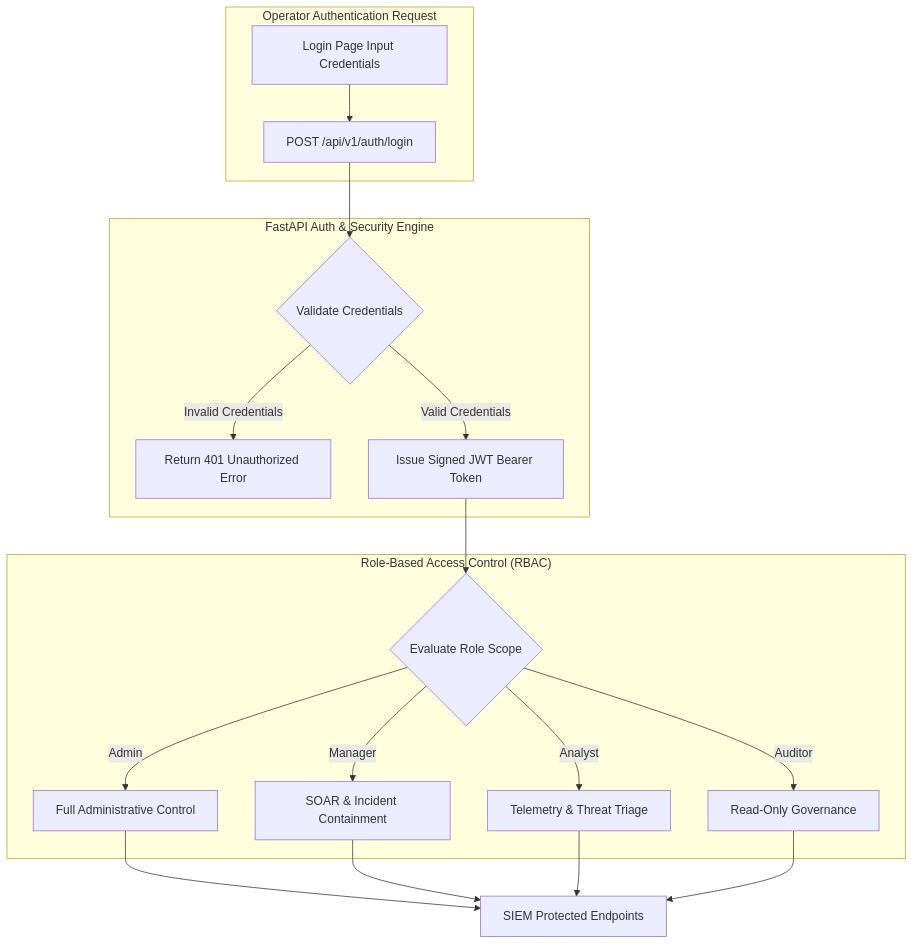
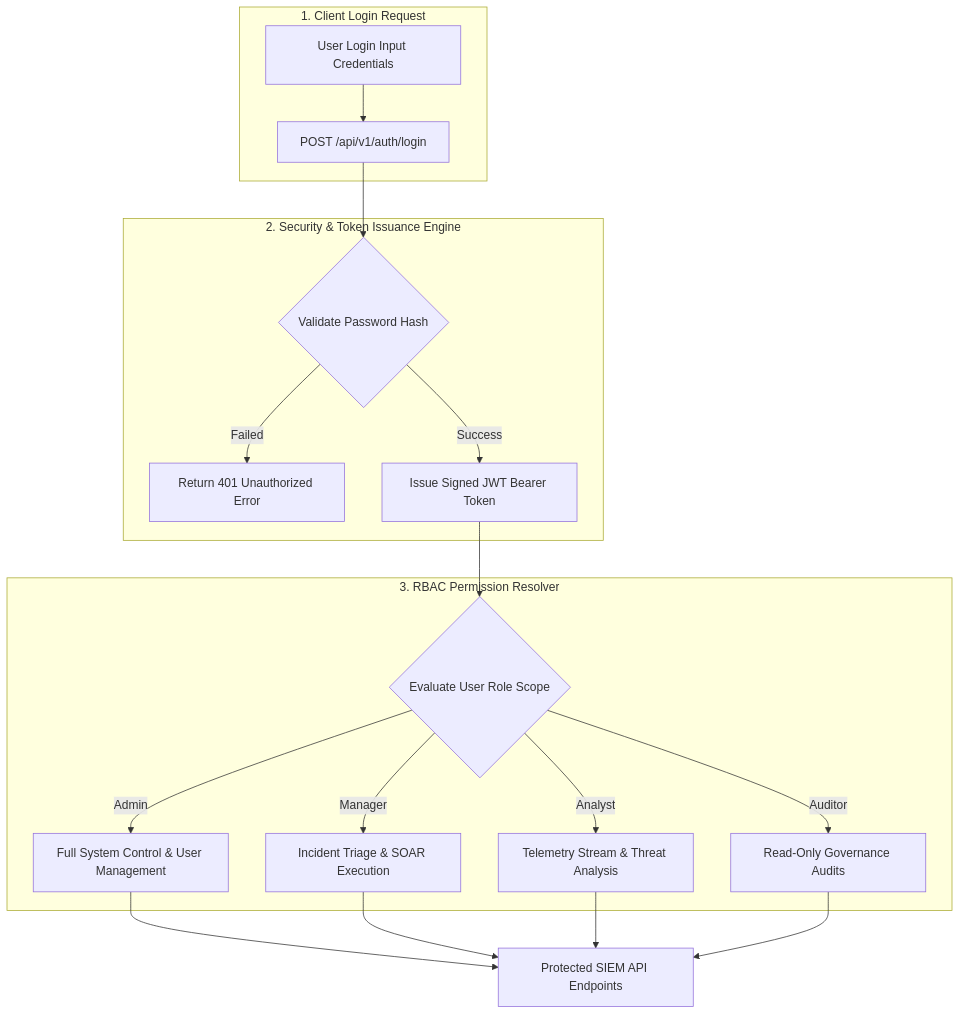
Before and after one commit to kharedhruva-tech/Unified-Cyber-Defense-Platform-SIEM-Command-Center: the third of 5 diagrams in README.md, drawn with Mermaid. The commit also changed other lines of this file, not shown here.

Commit message:
Convert Architecture Blueprint Showcase section into native Mermaid flowcharts and ERD diagram

````diff
--- a/README.md
+++ b/README.md
@@ -98,25 +130,25 @@
 ```mermaid
 flowchart TD
-    subgraph ClientAuth["Operator Authentication Request"]
-        LoginForm["Login Page Input Credentials"] --> AuthPayload["POST /api/v1/auth/login"]
+    subgraph AuthInput["1. Client Login Request"]
+        UserCredentials["User Login Input Credentials"] --> POSTLogin["POST /api/v1/auth/login"]
     end
 
-    subgraph AuthEngine["FastAPI Auth & Security Engine"]
-        AuthPayload --> VerifyCreds{"Validate Credentials"}
-        VerifyCreds -->|Invalid Credentials| DenyAccess["Return 401 Unauthorized Error"]
-        VerifyCreds -->|Valid Credentials| GenerateJWT["Issue Signed JWT Bearer Token"]
+    subgraph TokenEngine["2. Security & Token Issuance Engine"]
+        POSTLogin --> AuthCheck{"Validate Password Hash"}
+        AuthCheck -->|Failed| 401Error["Return 401 Unauthorized Error"]
+        AuthCheck -->|Success| SignJWT["Issue Signed JWT Bearer Token"]
     end
 
-    subgraph RBACPermission["Role-Based Access Control (RBAC)"]
-        GenerateJWT --> CheckRole{"Evaluate Role Scope"}
-        CheckRole -->|Admin| AdminRole["Full Administrative Control"]
-        CheckRole -->|Manager| ManagerRole["SOAR & Incident Containment"]
-        CheckRole -->|Analyst| AnalystRole["Telemetry & Threat Triage"]
-        CheckRole -->|Auditor| AuditorRole["Read-Only Governance"]
+    subgraph RBACRouter["3. RBAC Permission Resolver"]
+        SignJWT --> RoleEvaluator{"Evaluate User Role Scope"}
+        RoleEvaluator -->|Admin| AdminPerms["Full System Control & User Management"]
+        RoleEvaluator -->|Manager| ManagerPerms["Incident Triage & SOAR Execution"]
+        RoleEvaluator -->|Analyst| AnalystPerms["Telemetry Stream & Threat Analysis"]
+        RoleEvaluator -->|Auditor| AuditorPerms["Read-Only Governance Audits"]
     end
 
-    AdminRole --> ProtectedAPI["SIEM Protected Endpoints"]
-    ManagerRole --> ProtectedAPI
-    AnalystRole --> ProtectedAPI
-    AuditorRole --> ProtectedAPI
+    AdminPerms --> Endpoints["Protected SIEM API Endpoints"]
+    ManagerPerms --> Endpoints
+    AnalystPerms --> Endpoints
+    AuditorPerms --> Endpoints
 ```
````
